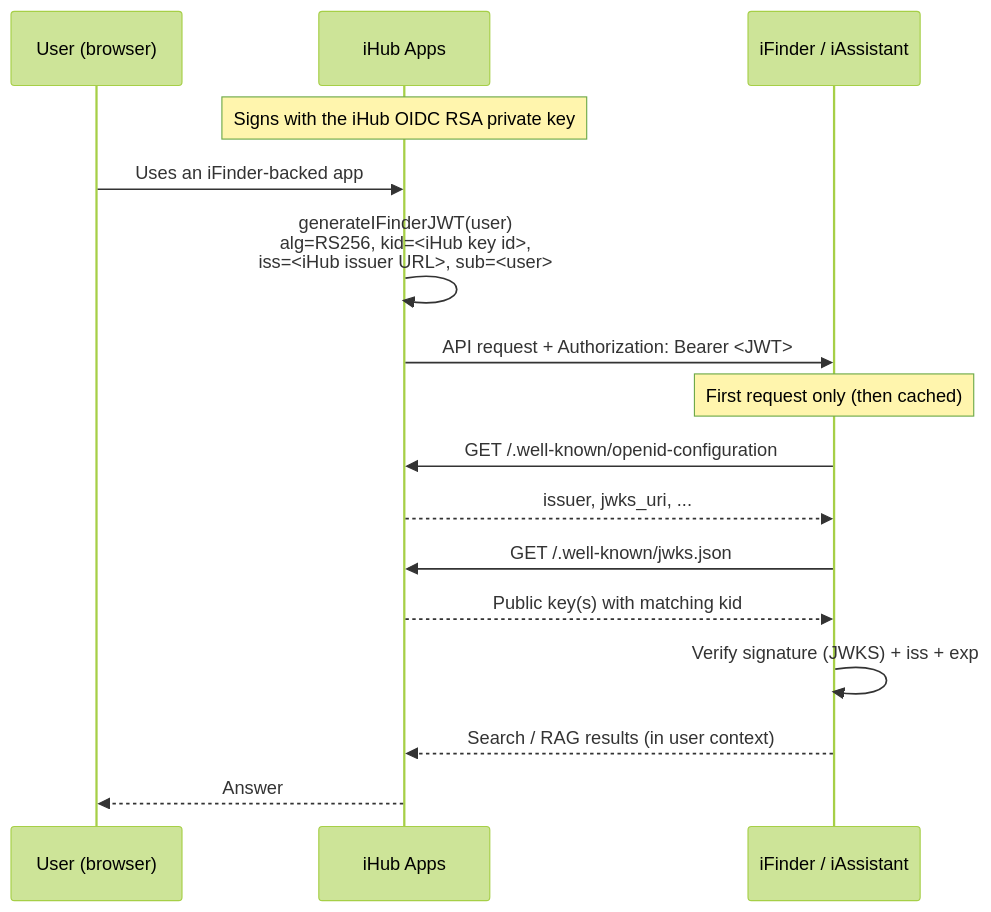
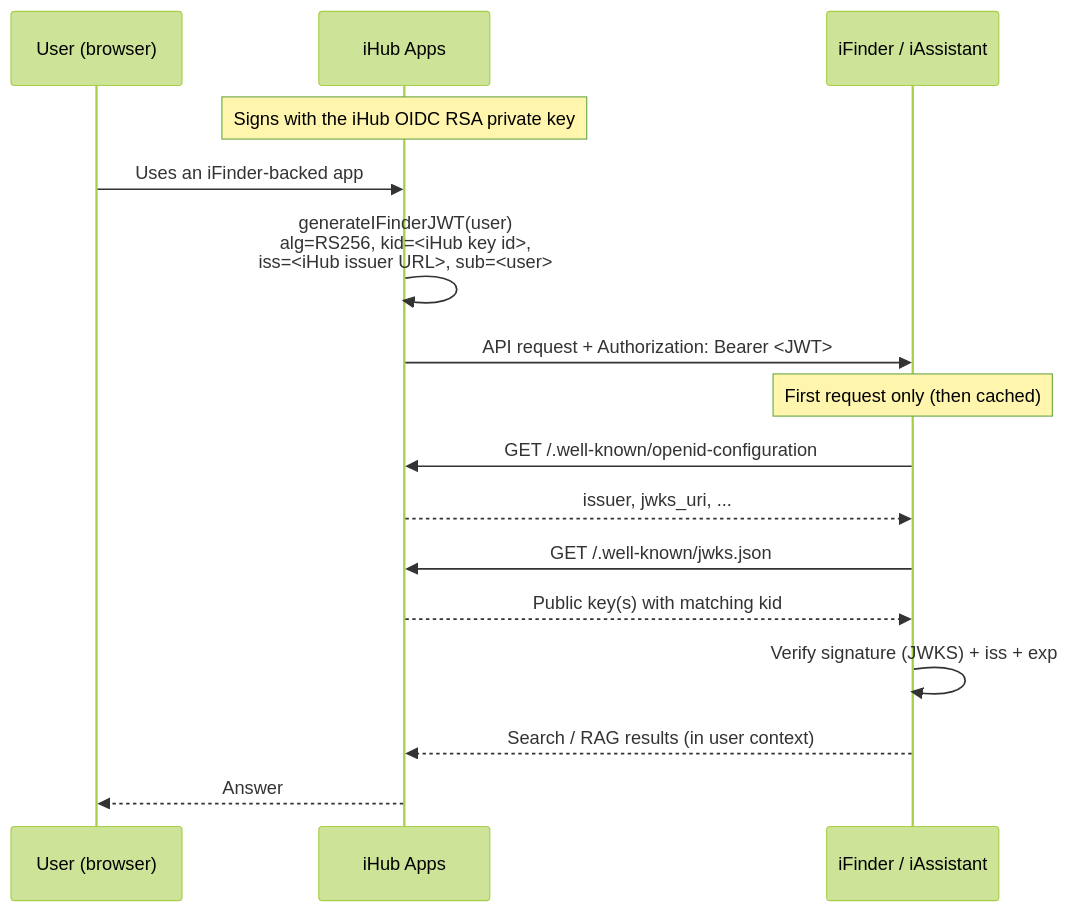
The diagram in docs/ifinder-oidc-jwt.md (intrafind/ihub-apps), drawn with Mermaid (forest theme) before and after one commit. The commit also changed 2 other files, not shown here.

Commit message:
fix: key spread in admin overview stat cards, Mermaid placeholders in iFinder OIDC doc; crawl visits a few doc pages
Found by the route crawl: AdminOverview spread a props object holding `key`
into StatCard (React warning), and the iFinder OIDC sequence diagram used raw
angle-bracket placeholders that Mermaid cannot parse.

Claude-Session: https://claude.ai/code/session_01G16qjxZstzDsyCi8JUZ8pz

````diff
--- a/docs/ifinder-oidc-jwt.md
+++ b/docs/ifinder-oidc-jwt.md
@@ -67,21 +67,21 @@
 ```mermaid
 sequenceDiagram
     participant U as User (browser)
     participant H as iHub Apps
     participant F as iFinder / iAssistant
 
     Note over H: Signs with the iHub OIDC RSA private key
     U->>H: Uses an iFinder-backed app
-    H->>H: generateIFinderJWT(user)<br/>alg=RS256, kid=<iHub key id>,<br/>iss=<iHub issuer URL>, sub=<user>
-    H->>F: API request + Authorization: Bearer <JWT>
+    H->>H: generateIFinderJWT(user)<br/>alg=RS256, kid=#lt;iHub key id#gt;,<br/>iss=#lt;iHub issuer URL#gt;, sub=#lt;user#gt;
+    H->>F: API request + Authorization: Bearer #lt;JWT#gt;
 
     Note over F: First request only (then cached)
     F->>H: GET /.well-known/openid-configuration
     H-->>F: issuer, jwks_uri, ...
     F->>H: GET /.well-known/jwks.json
     H-->>F: Public key(s) with matching kid
 
     F->>F: Verify signature (JWKS) + iss + exp
     F-->>H: Search / RAG results (in user context)
     H-->>U: Answer
 ```
````
